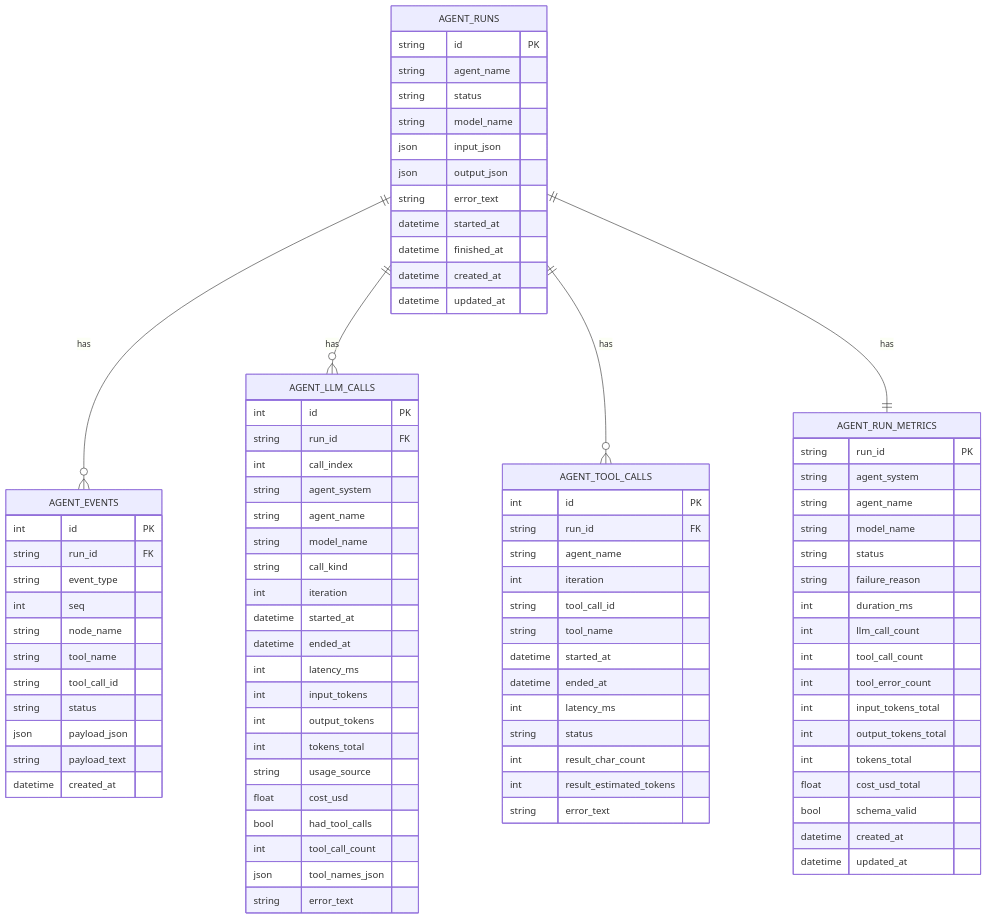
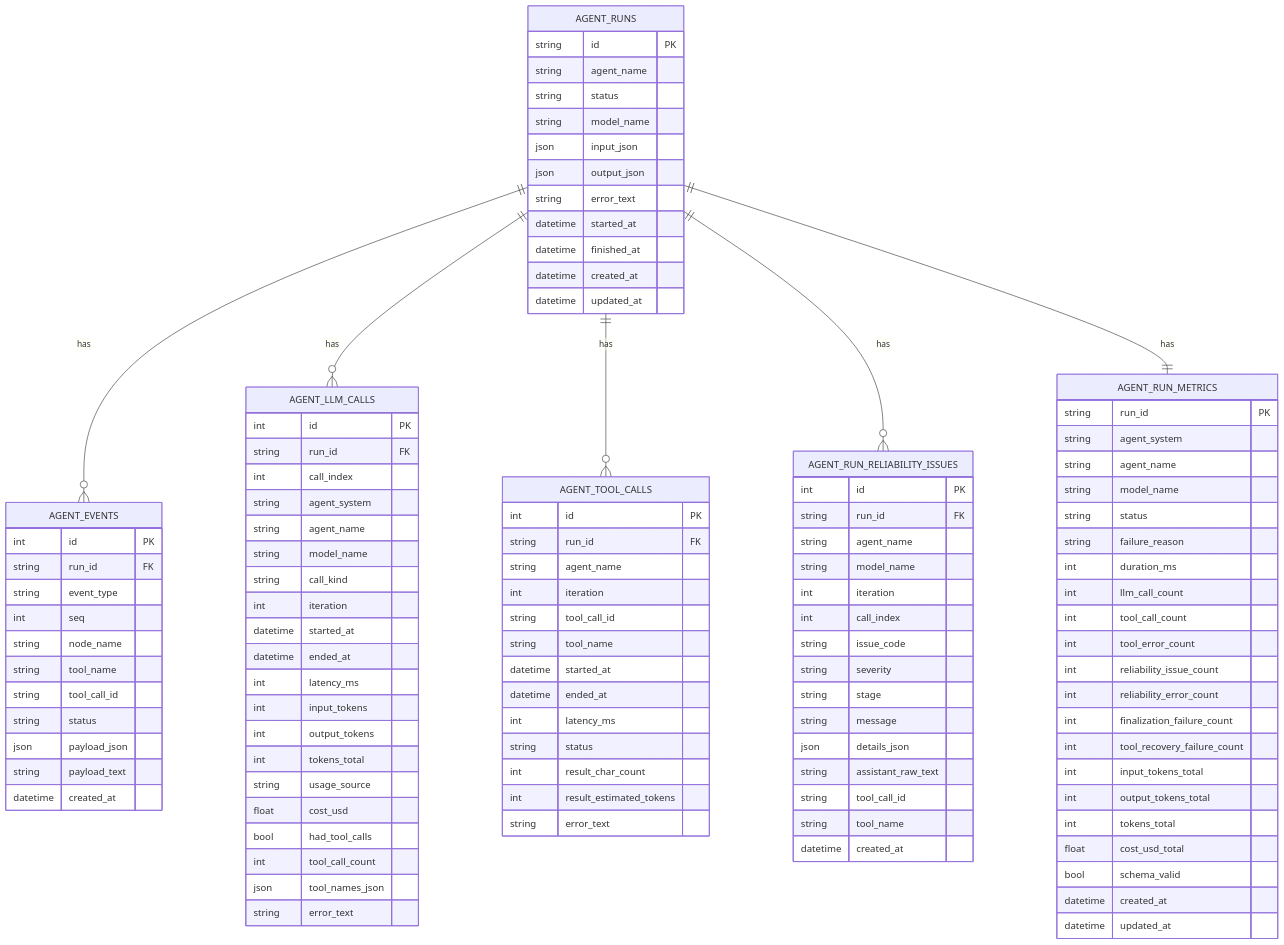
Before and after one commit to AdilAabideen/FinalYearProject: the second of 2 diagrams in docs/agent_metrics.md, drawn with Mermaid. The commit also changed other lines of this file and 29 other files, not shown here.

```diff
--- a/docs/agent_metrics.md
+++ b/docs/agent_metrics.md
@@ -72,6 +74,7 @@
   AGENT_RUNS ||--o{ AGENT_EVENTS : has
   AGENT_RUNS ||--o{ AGENT_LLM_CALLS : has
   AGENT_RUNS ||--o{ AGENT_TOOL_CALLS : has
+  AGENT_RUNS ||--o{ AGENT_RUN_RELIABILITY_ISSUES : has
   AGENT_RUNS ||--|| AGENT_RUN_METRICS : has
 
   AGENT_RUNS {
@@ -141,6 +144,24 @@
     string error_text
   }
 
+  AGENT_RUN_RELIABILITY_ISSUES {
+    int id PK
+    string run_id FK
+    string agent_name
+    string model_name
+    int iteration
+    int call_index
+    string issue_code
+    string severity
+    string stage
+    string message
+    json details_json
+    string assistant_raw_text
+    string tool_call_id
+    string tool_name
+    datetime created_at
+  }
+
   AGENT_RUN_METRICS {
     string run_id PK
     string agent_system
@@ -152,6 +173,10 @@
     int llm_call_count
     int tool_call_count
     int tool_error_count
+    int reliability_issue_count
+    int reliability_error_count
+    int finalization_failure_count
+    int tool_recovery_failure_count
     int input_tokens_total
     int output_tokens_total
     int tokens_total
```
